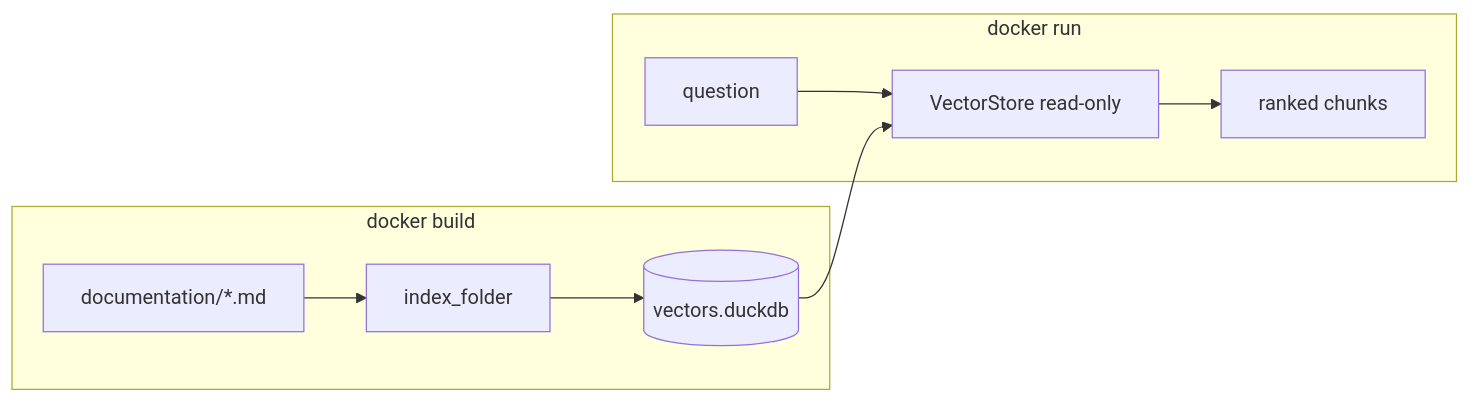
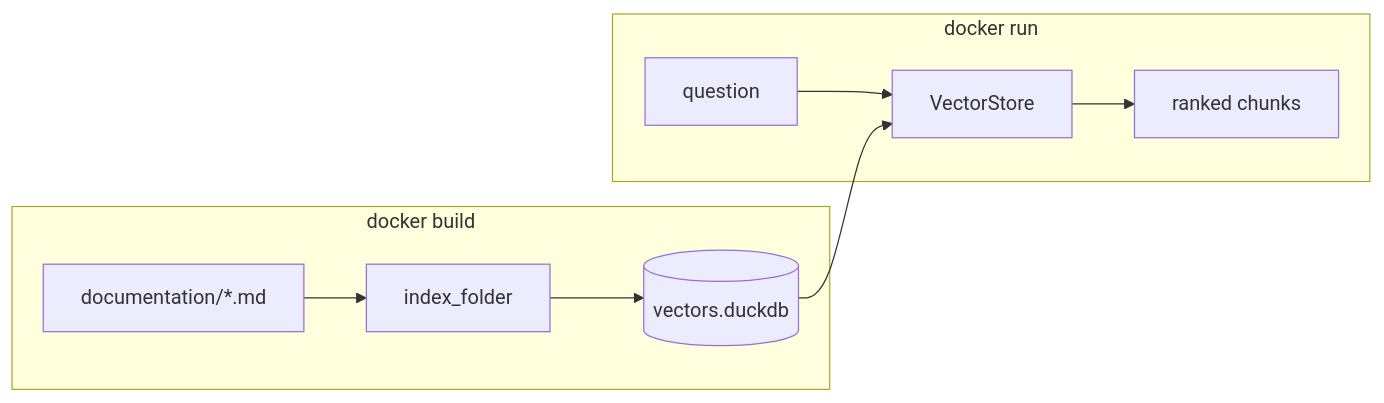
The diagram in documentation/containerized-agent-guide.md (bernard357/duckdb-vectors), drawn with Mermaid before and after one commit. The commit also changed other lines of this file and 41 other files, not shown here.

First line of the commit message:
refactor!: remove the read-only store concept package-wide

````diff
--- a/documentation/containerized-agent-guide.md
+++ b/documentation/containerized-agent-guide.md
@@ -18,12 +18,12 @@
 ```mermaid
 flowchart LR
     subgraph build[docker build]
         Docs[documentation/*.md] --> Index[index_folder]
         Index --> DB[(vectors.duckdb)]
     end
     subgraph run[docker run]
-        Q[question] --> Store[VectorStore read-only]
+        Q[question] --> Store[VectorStore]
         DB --> Store
         Store --> Hits[ranked chunks]
     end
 ```
````
